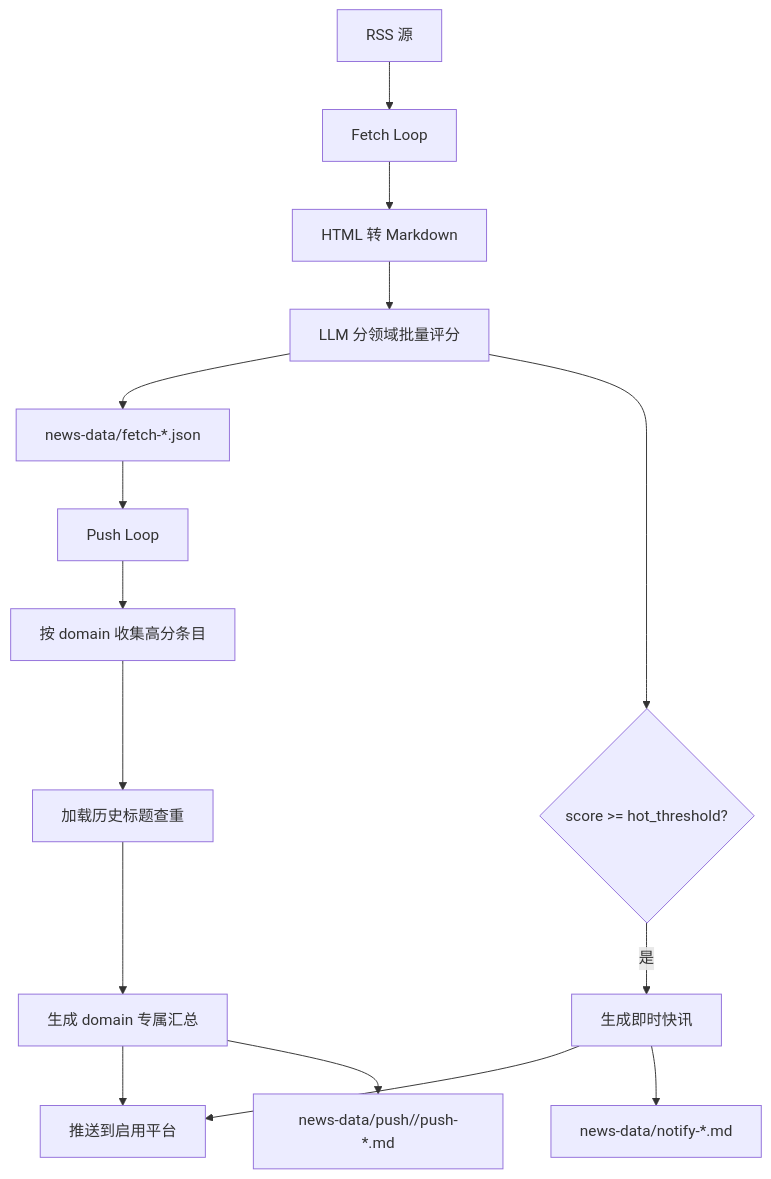
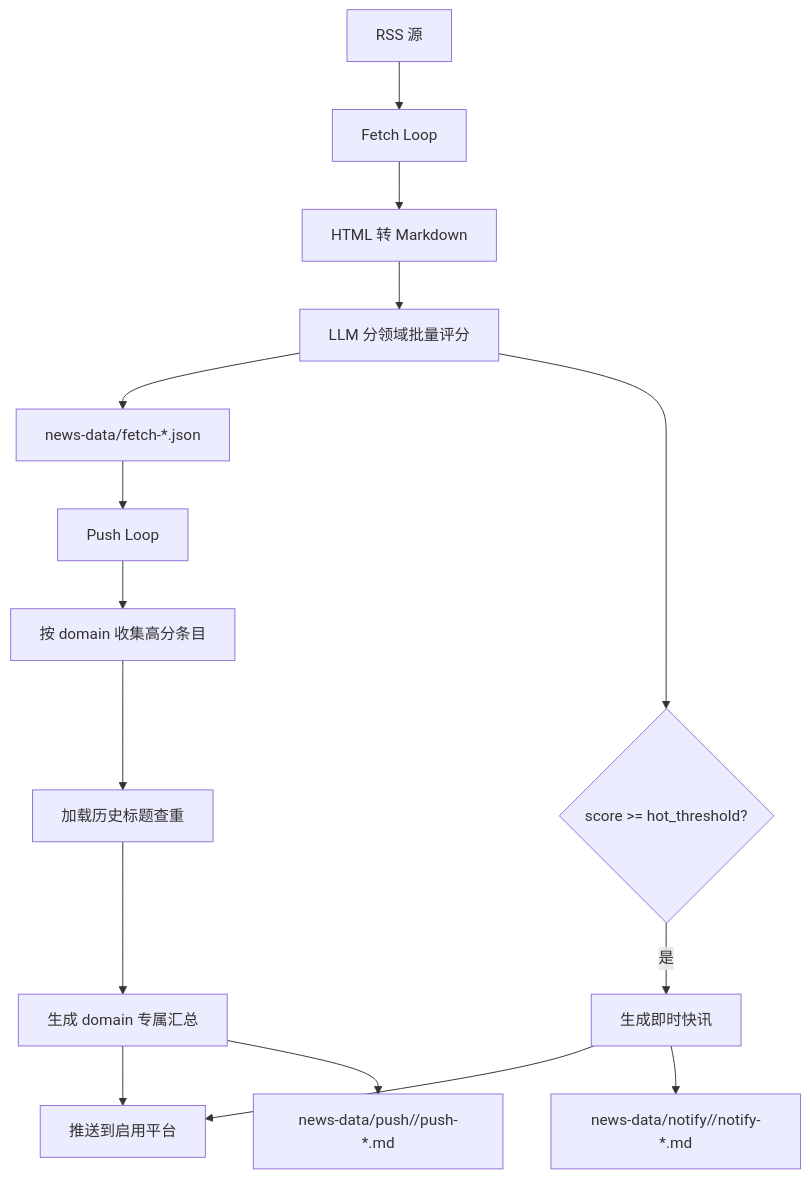
Before and after one commit to David-Su/ai-daily: the diagram in README.md, drawn with Mermaid. The commit also changed other lines of this file and 8 other files, not shown here.

````diff
--- a/README.md
+++ b/README.md
@@ -217,17 +217,17 @@
 ```mermaid
 flowchart TD
     A["RSS 源"] --> B["Fetch Loop"]
     B --> C["HTML 转 Markdown"]
     C --> D["LLM 分领域批量评分"]
     D --> E["news-data/fetch-*.json"]
     D --> F{"score >= hot_threshold?"}
     F -->|是| G["生成即时快讯"]
     G --> H["推送到启用平台"]
-    G --> I["news-data/notify-*.md"]
+    G --> I["news-data/notify/<domain>/notify-*.md"]
     E --> J["Push Loop"]
     J --> K["按 domain 收集高分条目"]
     K --> L["加载历史标题查重"]
     L --> M["生成 domain 专属汇总"]
     M --> H
     M --> N["news-data/push/<domain>/push-*.md"]
 ```
````
